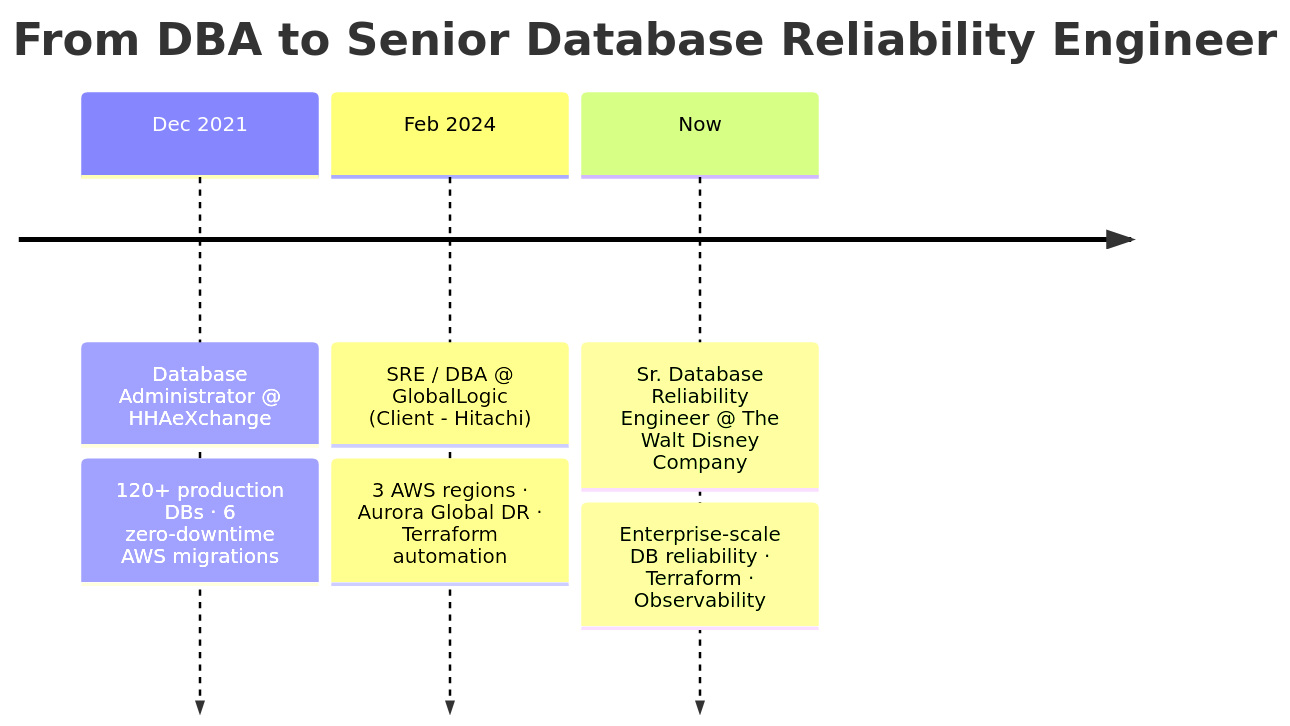
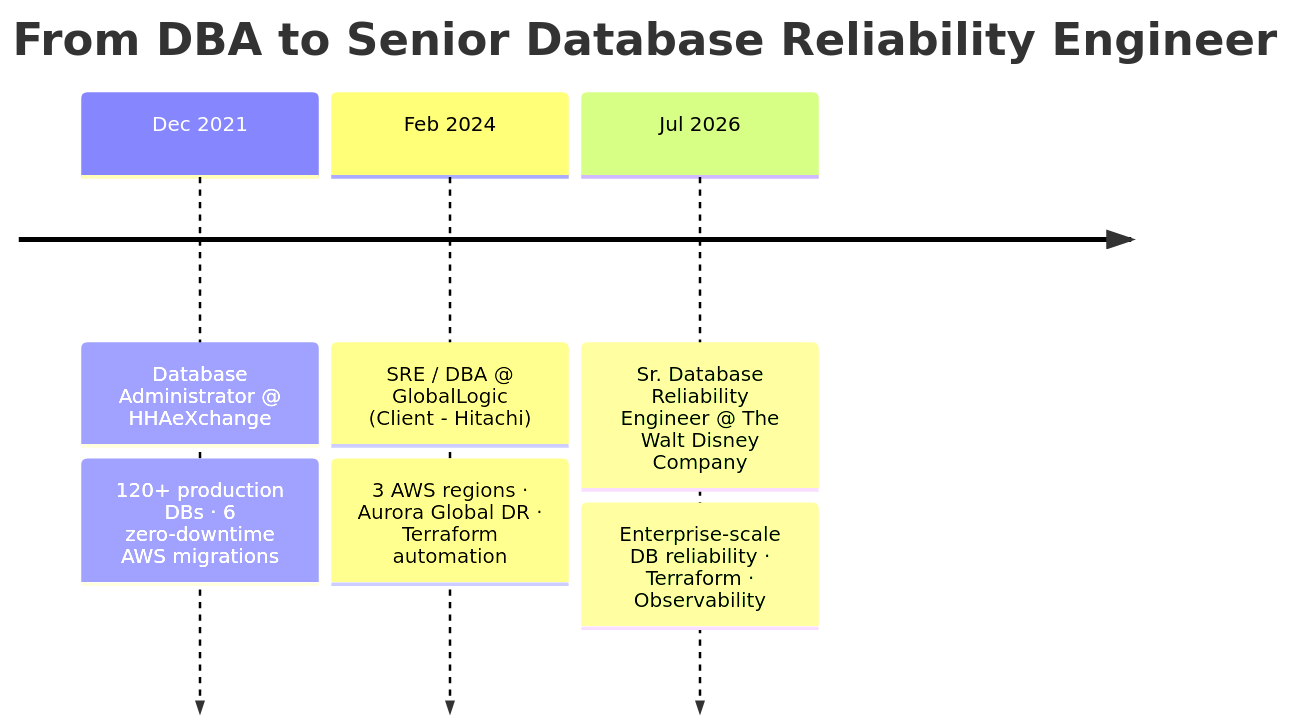
The first of 2 diagrams in README.md (dhmodh/dhmodh), drawn with Mermaid before and after one commit. The commit also changed other lines of this file, not shown here.

````diff
--- a/README.md
+++ b/README.md
@@ -57,10 +57,10 @@
 ```mermaid
 timeline
     title From DBA to Senior Database Reliability Engineer
     Dec 2021 : Database Administrator @ HHAeXchange
              : 120+ production DBs · 6 zero-downtime AWS migrations
     Feb 2024 : SRE / DBA @ GlobalLogic (Client - Hitachi)
              : 3 AWS regions · Aurora Global DR · Terraform automation
-    Now      : Sr. Database Reliability Engineer @ The Walt Disney Company
+    Jul 2026 : Sr. Database Reliability Engineer @ The Walt Disney Company
              : Enterprise-scale DB reliability · Terraform · Observability
 ```
````
